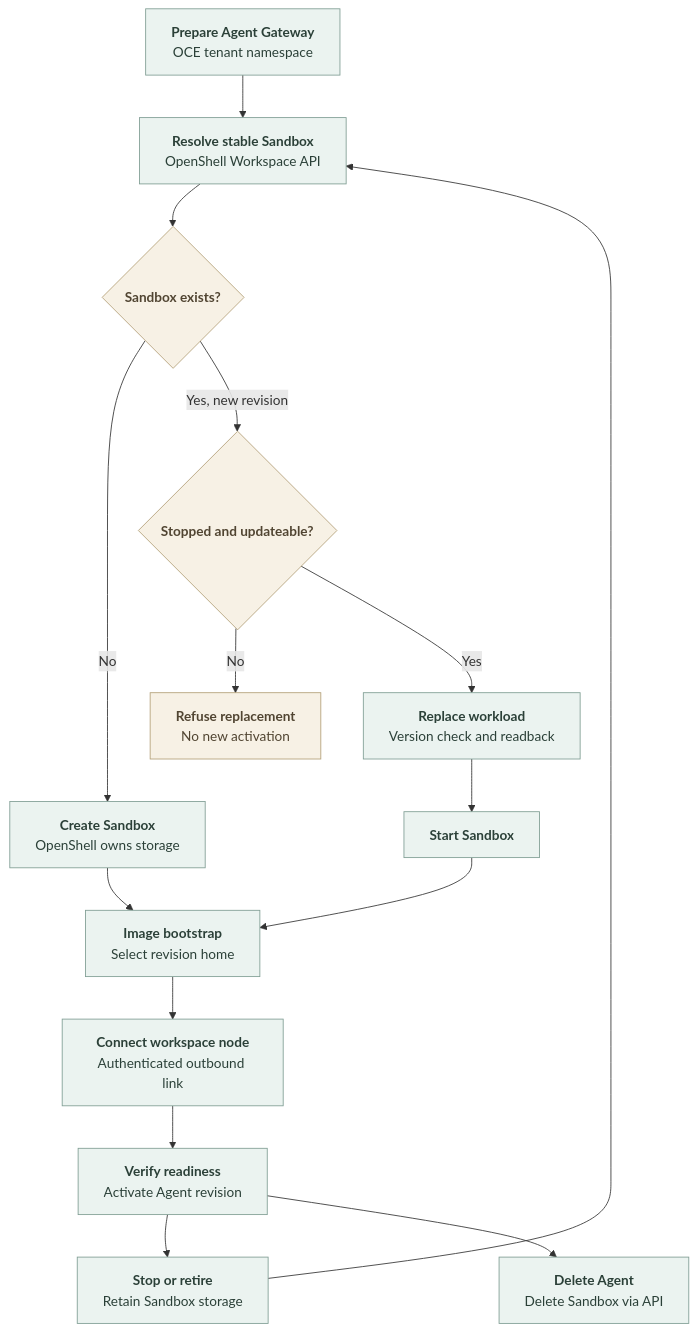
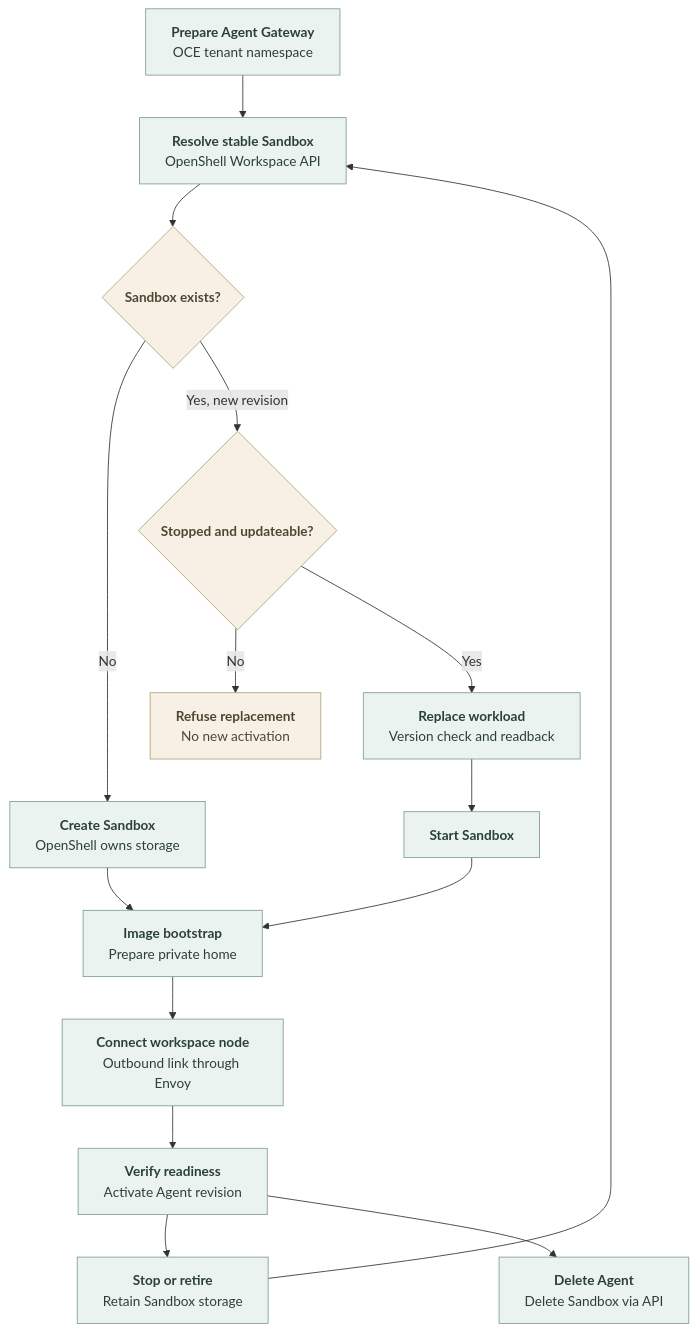
Before and after one commit to openclaw/openclaw-enterprise: the diagram in docs/flows/openshell-managed-workload.md, drawn with Mermaid. The commit also changed other lines of this file and 10 other files, not shown here.

````diff
--- a/docs/flows/openshell-managed-workload.md
+++ b/docs/flows/openshell-managed-workload.md
@@ -32,21 +31,21 @@
 ```mermaid
 graph TD
   A["<b>Prepare Agent Gateway</b><br/>OCE tenant namespace"] --> B["<b>Resolve stable Sandbox</b><br/>OpenShell Workspace API"]
   B --> C{"<b>Sandbox exists?</b>"}
   C -- "No" --> D["<b>Create Sandbox</b><br/>OpenShell owns storage"]
   C -- "Yes, new revision" --> E{"<b>Stopped and updateable?</b>"}
   E -- "No" --> F["<b>Refuse replacement</b><br/>No new activation"]
   E -- "Yes" --> G["<b>Replace workload</b><br/>Version check and readback"]
   G --> H["<b>Start Sandbox</b>"]
-  D --> I["<b>Image bootstrap</b><br/>Select revision home"]
+  D --> I["<b>Image bootstrap</b><br/>Prepare private home"]
   H --> I
-  I --> J["<b>Connect workspace node</b><br/>Authenticated outbound link"]
+  I --> J["<b>Connect workspace node</b><br/>Outbound link through Envoy"]
   J --> K["<b>Verify readiness</b><br/>Activate Agent revision"]
   K --> L["<b>Stop or retire</b><br/>Retain Sandbox storage"]
   L --> B
   K --> M["<b>Delete Agent</b><br/>Delete Sandbox via API"]
   classDef operation fill:#EBF3F0,stroke:#7F9D93,color:#2B4038,stroke-width:1px
   classDef gate fill:#F7F1E5,stroke:#B3A078,color:#514532,stroke-width:1px
   class A,B,D,G,H,I,J,K,L,M operation
   class C,E,F gate
 ```
````
